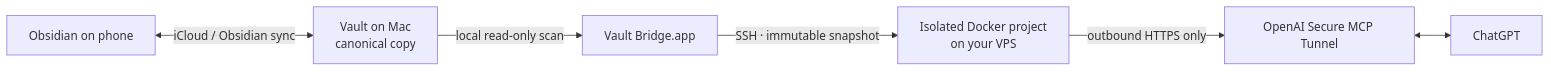
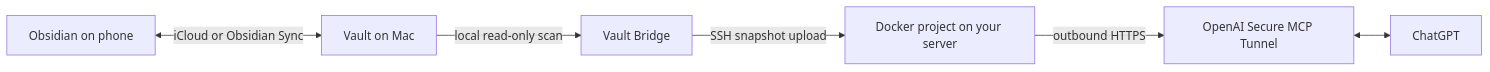
The diagram in README.md (kizz-tech/vault-mcp-bridge), drawn with Mermaid before and after one commit. The commit also changed other lines of this file and 22 other files, not shown here.

````diff
--- a/README.md
+++ b/README.md
@@ -70,8 +53,8 @@
 ```mermaid
 flowchart LR
-    phone["Obsidian on phone"] <-->|"iCloud / Obsidian sync"| mac["Vault on Mac\ncanonical copy"]
-    mac -->|"local read-only scan"| app["Vault Bridge.app"]
-    app -->|"SSH · immutable snapshot"| vps["Isolated Docker project\non your VPS"]
-    vps -->|"outbound HTTPS only"| tunnel["OpenAI Secure MCP Tunnel"]
+    phone["Obsidian on phone"] <-->|"iCloud or Obsidian Sync"| vault["Vault on Mac"]
+    vault -->|"local read-only scan"| app["Vault Bridge"]
+    app -->|"SSH snapshot upload"| runtime["Docker project on your server"]
+    runtime -->|"outbound HTTPS"| tunnel["OpenAI Secure MCP Tunnel"]
     tunnel <--> chat["ChatGPT"]
 ```
````
